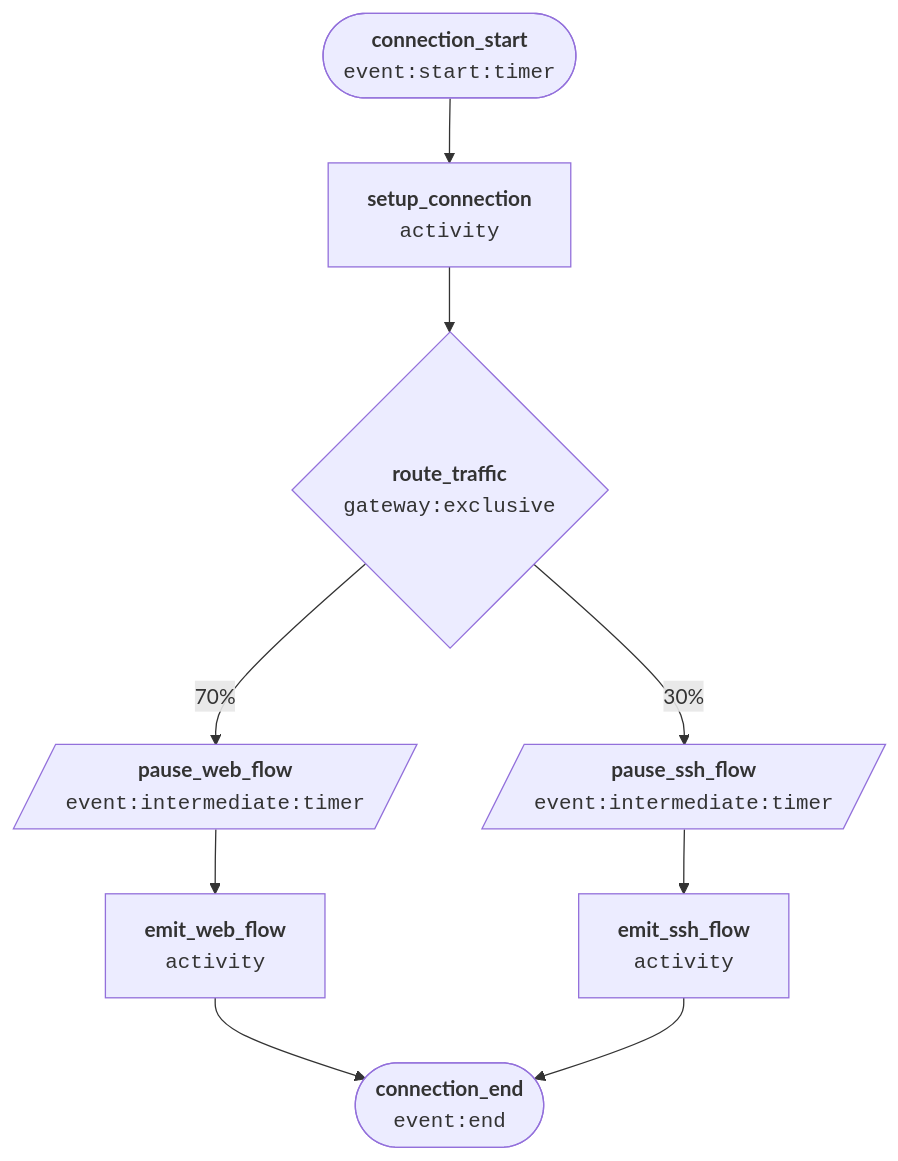
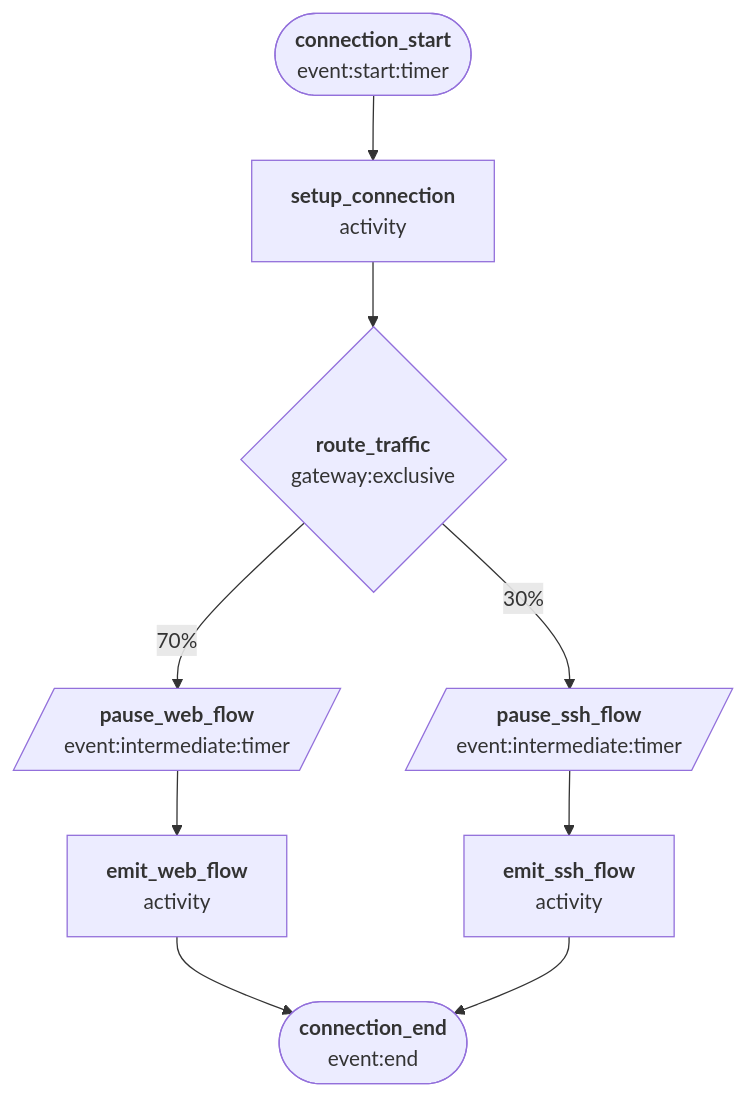
The third of 3 diagrams in docs/states.md (implydata/imply-eventgenerator), drawn with Mermaid before and after one commit. The commit also changed other lines of this file and 7 other files, not shown here.

Commit message:
Add Mermaid diagrams

````diff
--- a/docs/states.md
+++ b/docs/states.md
@@ -298,11 +298,11 @@
 ```mermaid
 flowchart TD
-    A(["<b>connection_start</b><br/><code>event:start:timer</code>"]) --> B["<b>setup_connection</b><br/><code>activity</code>"]
-    B --> C{"<b>route_traffic</b><br/><code>gateway:exclusive</code>"}
-    C -->|70%| D[/"<b>pause_web_flow</b><br/><code>event:intermediate:timer</code>"/]
-    C -->|30%| E[/"<b>pause_ssh_flow</b><br/><code>event:intermediate:timer</code>"/]
-    D --> F["<b>emit_web_flow</b><br/><code>activity</code>"]
-    E --> G["<b>emit_ssh_flow</b><br/><code>activity</code>"]
-    F --> H(["<b>connection_end</b><br/><code>event:end</code>"])
+    A(["<b>connection_start</b><br/>event:start:timer"]) --> B["<b>setup_connection</b><br/>activity"]
+    B --> C{"<b>route_traffic</b><br/>gateway:exclusive"}
+    C -->|70%| D[/"<b>pause_web_flow</b><br/>event:intermediate:timer"/]
+    C -->|30%| E[/"<b>pause_ssh_flow</b><br/>event:intermediate:timer"/]
+    D --> F["<b>emit_web_flow</b><br/>activity"]
+    E --> G["<b>emit_ssh_flow</b><br/>activity"]
+    F --> H(["<b>connection_end</b><br/>event:end"])
     G --> H
 ```
````
